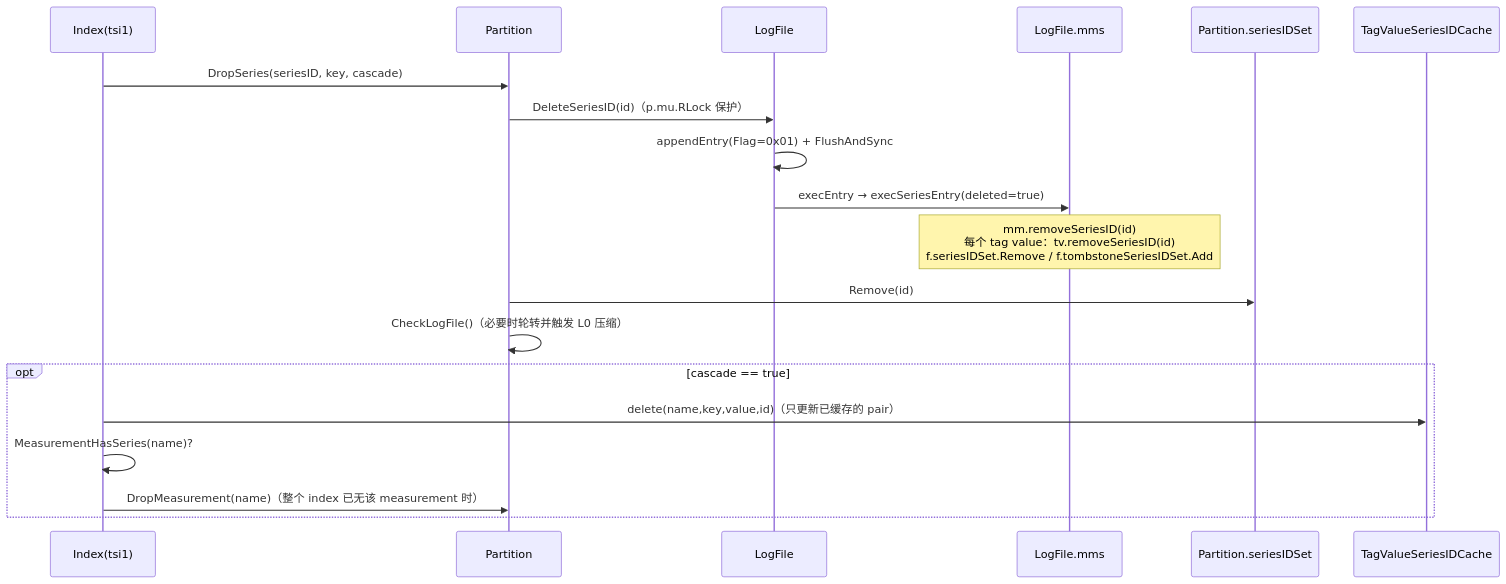
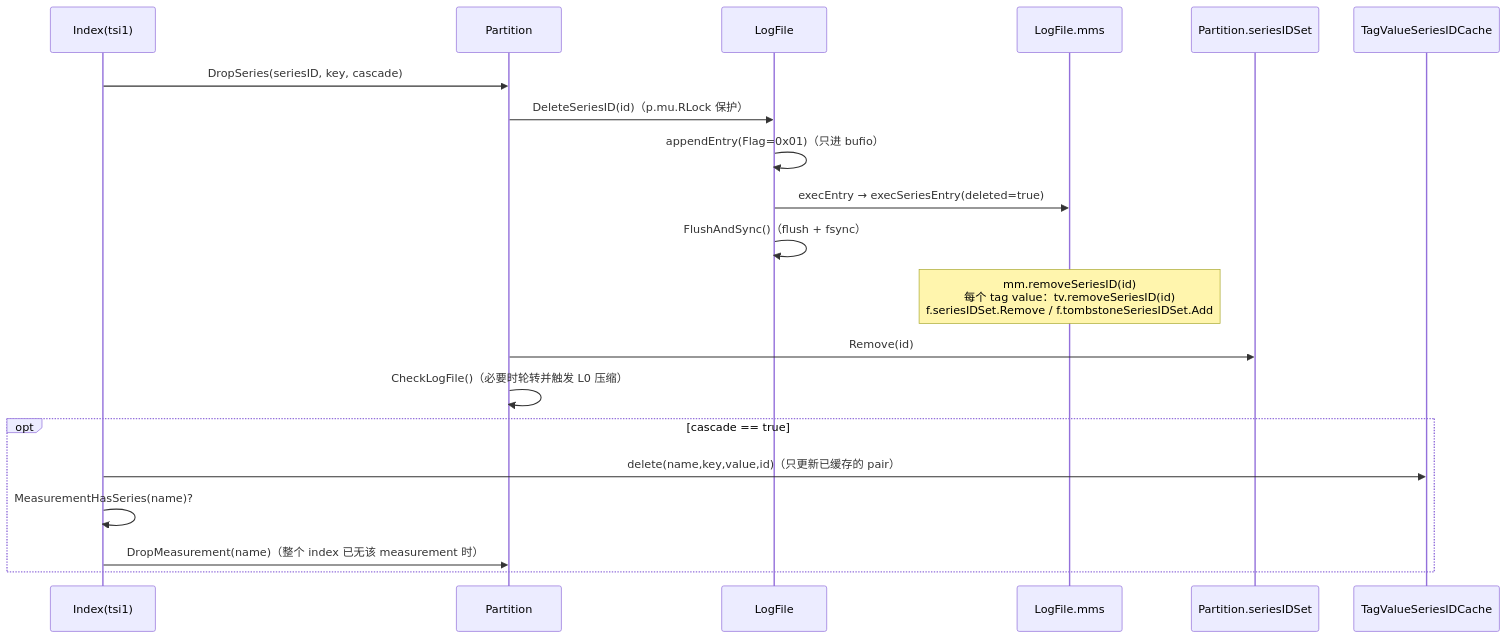
One commit to stefanv5/influxdb changed the third of 16 diagrams in docs/specs/02_index_system_spec.md. Above: the diagram before and after it, drawn with Mermaid. The commit also changed other lines of this file and 18 other files, not shown here.

````diff
--- a/docs/specs/02_index_system_spec.md
+++ b/docs/specs/02_index_system_spec.md
@@ -783,23 +783,24 @@
 ```mermaid
 sequenceDiagram
     participant Index as Index(tsi1)
     participant Partition as Partition
     participant LogFile as LogFile
     participant MMs as LogFile.mms
     participant PSet as Partition.seriesIDSet
     participant Cache as TagValueSeriesIDCache
 
     Index->>Partition: DropSeries(seriesID, key, cascade)
     Partition->>LogFile: DeleteSeriesID(id)（p.mu.RLock 保护）
-    LogFile->>LogFile: appendEntry(Flag=0x01) + FlushAndSync
+    LogFile->>LogFile: appendEntry(Flag=0x01)（只进 bufio）
     LogFile->>MMs: execEntry → execSeriesEntry(deleted=true)
+    LogFile->>LogFile: FlushAndSync()（flush + fsync）
     Note over MMs: mm.removeSeriesID(id)<br/>每个 tag value：tv.removeSeriesID(id)<br/>f.seriesIDSet.Remove / f.tombstoneSeriesIDSet.Add
     Partition->>PSet: Remove(id)
     Partition->>Partition: CheckLogFile()（必要时轮转并触发 L0 压缩）
 
     opt cascade == true
         Index->>Cache: delete(name,key,value,id)（只更新已缓存的 pair）
         Index->>Index: MeasurementHasSeries(name)?
         Index->>Partition: DropMeasurement(name)（整个 index 已无该 measurement 时）
     end
 ```
````
